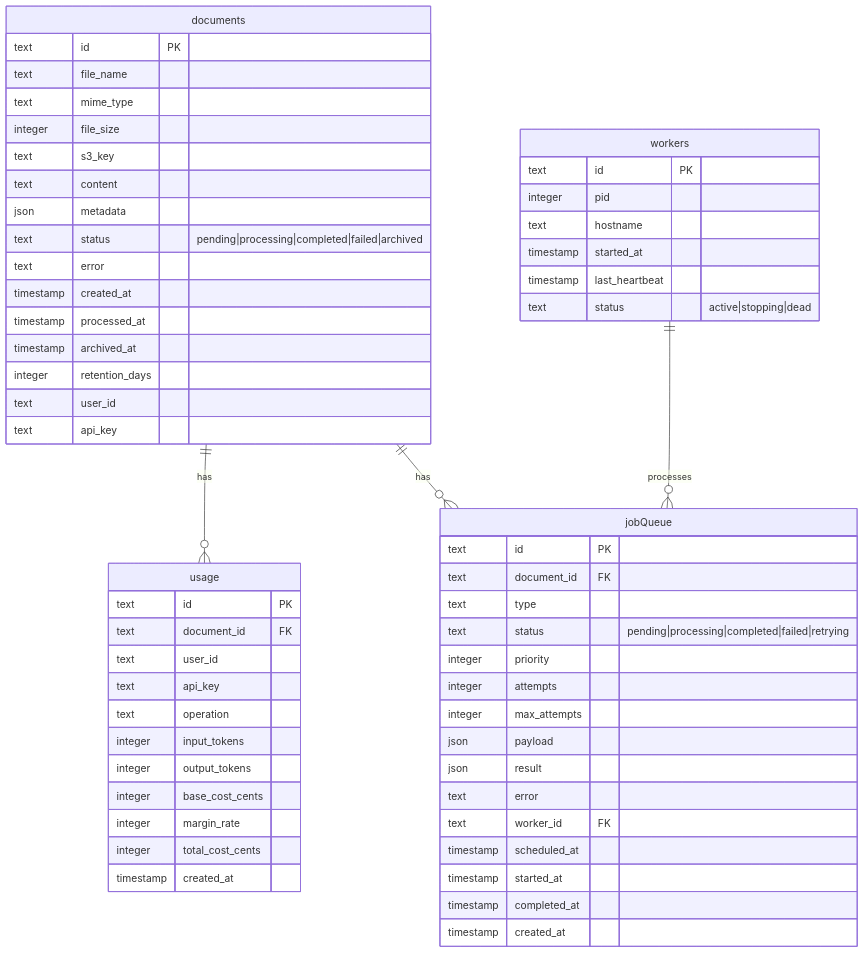
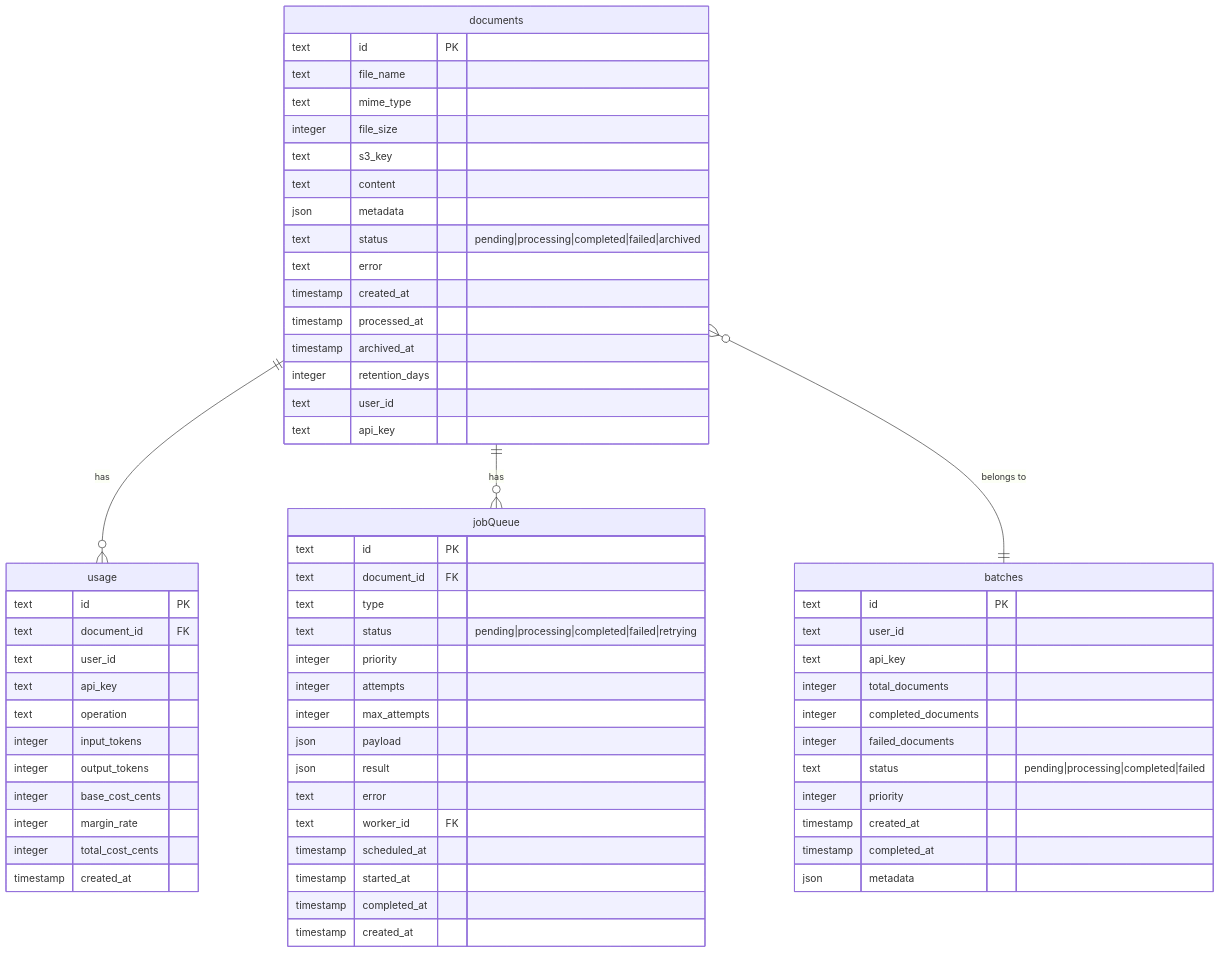
One commit to tobalo/ilios changed the fourth of 4 diagrams in README.md. Above: the diagram before and after it, drawn with Mermaid. The commit also changed other lines of this file, not shown here.

Commit message:
docs: updated with bun worker api

````diff
--- a/README.md
+++ b/README.md
@@ -589,65 +594,70 @@
 ```mermaid
 erDiagram
     documents {
         text id PK
         text file_name
         text mime_type
         integer file_size
         text s3_key
         text content
         json metadata
         text status "pending|processing|completed|failed|archived"
         text error
         timestamp created_at
         timestamp processed_at
         timestamp archived_at
         integer retention_days
         text user_id
         text api_key
     }
     
     usage {
         text id PK
         text document_id FK
         text user_id
         text api_key
         text operation
         integer input_tokens
         integer output_tokens
         integer base_cost_cents
         integer margin_rate
         integer total_cost_cents
         timestamp created_at
     }
     
     jobQueue {
         text id PK
         text document_id FK
         text type
         text status "pending|processing|completed|failed|retrying"
         integer priority
         integer attempts
         integer max_attempts
         json payload
         json result
         text error
         text worker_id FK
         timestamp scheduled_at
         timestamp started_at
         timestamp completed_at
         timestamp created_at
     }
     
-    workers {
+    batches {
         text id PK
-        integer pid
-        text hostname
-        timestamp started_at
-        timestamp last_heartbeat
-        text status "active|stopping|dead"
+        text user_id
+        text api_key
+        integer total_documents
+        integer completed_documents
+        integer failed_documents
+        text status "pending|processing|completed|failed"
+        integer priority
+        timestamp created_at
+        timestamp completed_at
+        json metadata
     }
     
     documents ||--o{ usage : "has"
     documents ||--o{ jobQueue : "has"
-    workers ||--o{ jobQueue : "processes"
+    documents }o--|| batches : "belongs to"
 ```
````
